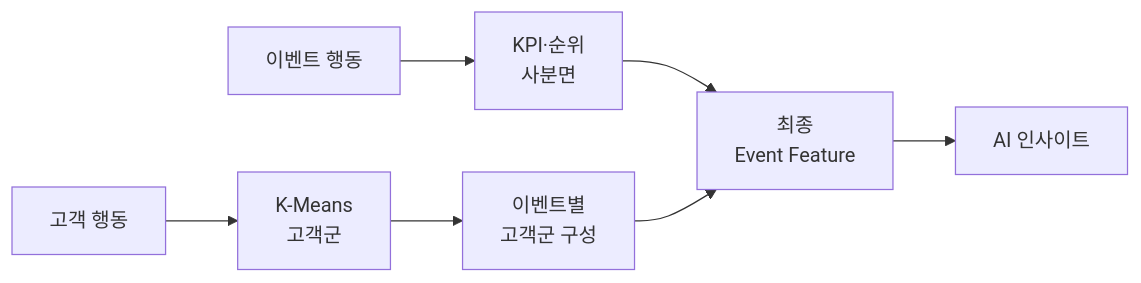
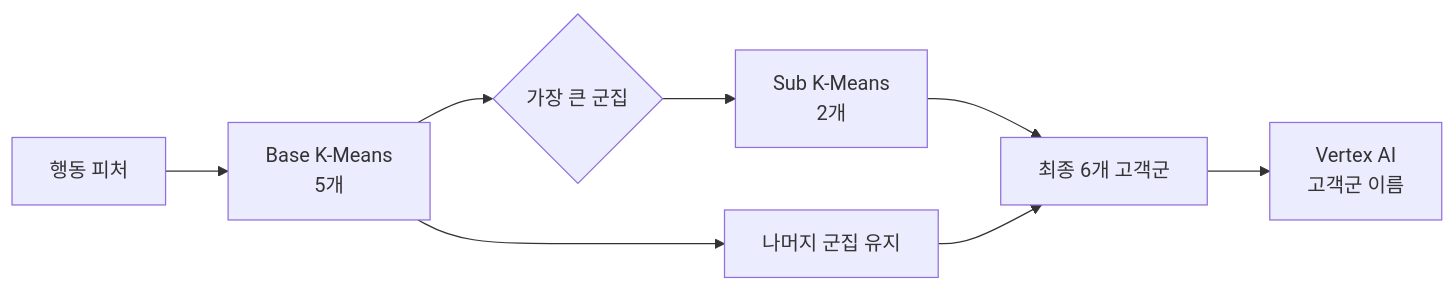
One commit to qkrwlfjddl/Marketing-KPI-AI-Insight changed the second of 4 diagrams in docs/implementation.md. Above: the diagram before and after it, drawn with Mermaid. The commit also changed other lines of this file, not shown here.

````diff
--- a/docs/implementation.md
+++ b/docs/implementation.md
@@ -44,9 +49,10 @@
 ```mermaid
 flowchart LR
-    A["고객 행동"] --> B["K-Means<br/>고객군"]
-    C["이벤트 행동"] --> D["KPI·순위<br/>사분면"]
-    B --> E["이벤트별<br/>고객군 구성"]
-    D --> F["최종<br/>Event Feature"]
+    A["행동 피처"] --> B["Base K-Means<br/>5개"]
+    B --> C{"가장 큰 군집"}
+    C --> D["Sub K-Means<br/>2개"]
+    B --> E["나머지 군집 유지"]
+    D --> F["최종 6개 고객군"]
     E --> F
-    F --> G["AI 인사이트"]
+    F --> G["Vertex AI<br/>고객군 이름"]
 ```
````
